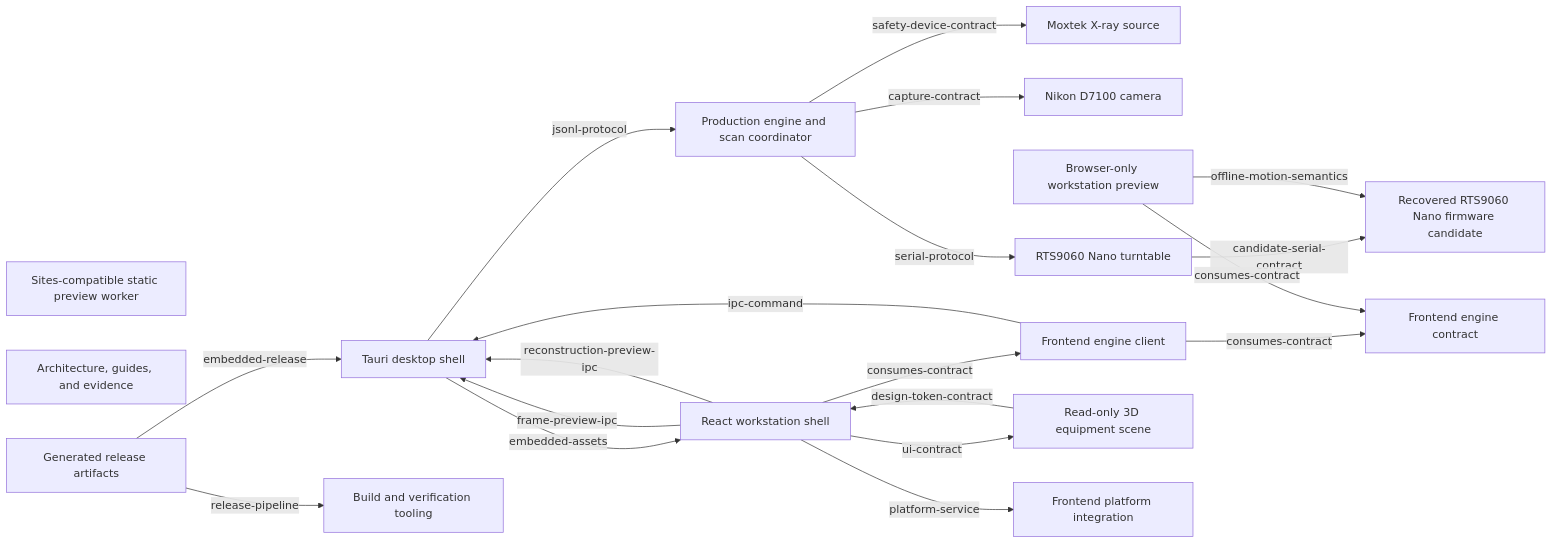
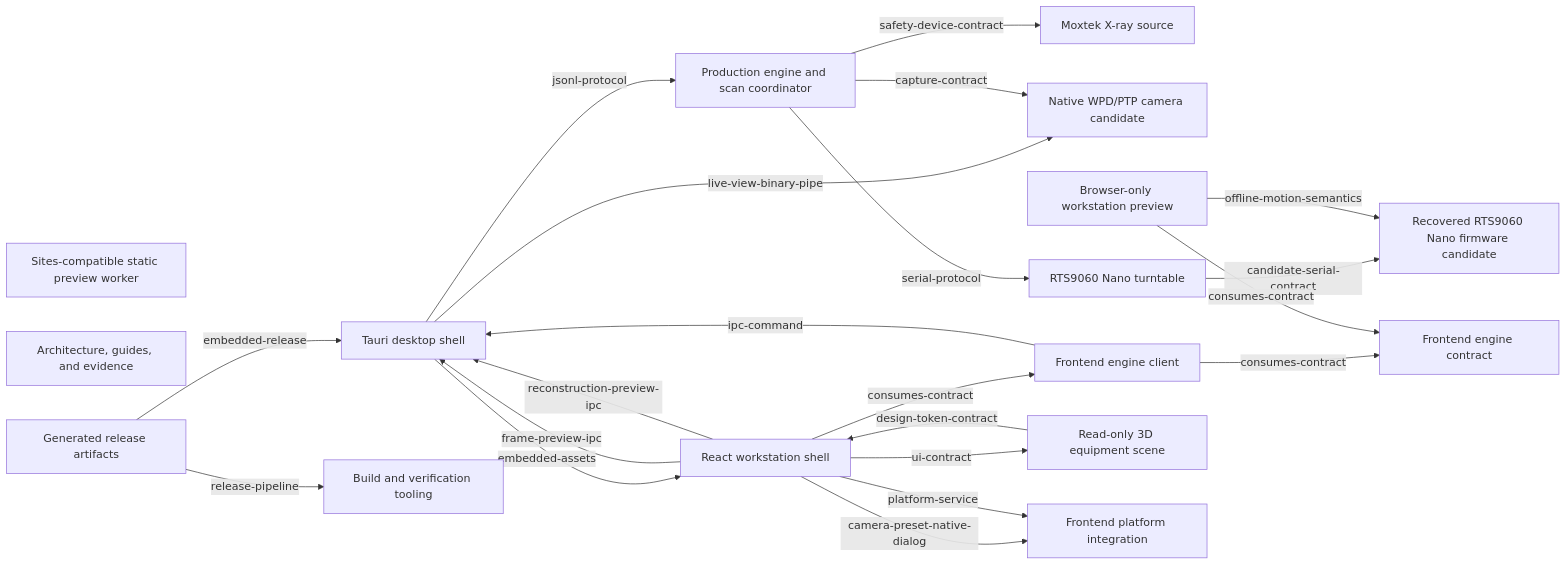
Before and after one commit to Holy1one/Micro-CT-Workstation: the diagram in docs/architecture/module-graph.md, drawn with Mermaid. The commit also changed other lines of this file and 60 other files, not shown here.

Commit message:
feat: integrate native device runtime, async safety and persistent scan controls

````diff
--- a/docs/architecture/module-graph.md
+++ b/docs/architecture/module-graph.md
@@ -8,37 +8,39 @@
 ```mermaid
 flowchart LR
   engine_core["Production engine and scan coordinator"]
   device_xray["Moxtek X-ray source"]
-  device_camera["Nikon D7100 camera"]
+  device_camera["Native WPD/PTP camera candidate"]
   device_turntable["RTS9060 Nano turntable"]
   turntable_firmware["Recovered RTS9060 Nano firmware candidate"]
   desktop_shell["Tauri desktop shell"]
   frontend_contract["Frontend engine contract"]
   frontend_client["Frontend engine client"]
   developer_preview["Browser-only workstation preview"]
   ui_shell["React workstation shell"]
   scene["Read-only 3D equipment scene"]
   platform["Frontend platform integration"]
   build_tooling["Build and verification tooling"]
   extensions["Sites-compatible static preview worker"]
   documentation["Architecture, guides, and evidence"]
   release_artifacts["Generated release artifacts"]
   device_turntable -->|candidate-serial-contract| turntable_firmware
   developer_preview -->|offline-motion-semantics| turntable_firmware
   release_artifacts -->|release-pipeline| build_tooling
   release_artifacts -->|embedded-release| desktop_shell
   desktop_shell -->|embedded-assets| ui_shell
   ui_shell -->|consumes-contract| frontend_client
   frontend_client -->|consumes-contract| frontend_contract
   developer_preview -->|consumes-contract| frontend_contract
   frontend_client -->|ipc-command| desktop_shell
   ui_shell -->|frame-preview-ipc| desktop_shell
+  desktop_shell -->|live-view-binary-pipe| device_camera
+  ui_shell -->|camera-preset-native-dialog| platform
   ui_shell -->|reconstruction-preview-ipc| desktop_shell
   desktop_shell -->|jsonl-protocol| engine_core
   engine_core -->|safety-device-contract| device_xray
   engine_core -->|capture-contract| device_camera
   engine_core -->|serial-protocol| device_turntable
   ui_shell -->|ui-contract| scene
   scene -->|design-token-contract| ui_shell
   ui_shell -->|platform-service| platform
 ```
````
